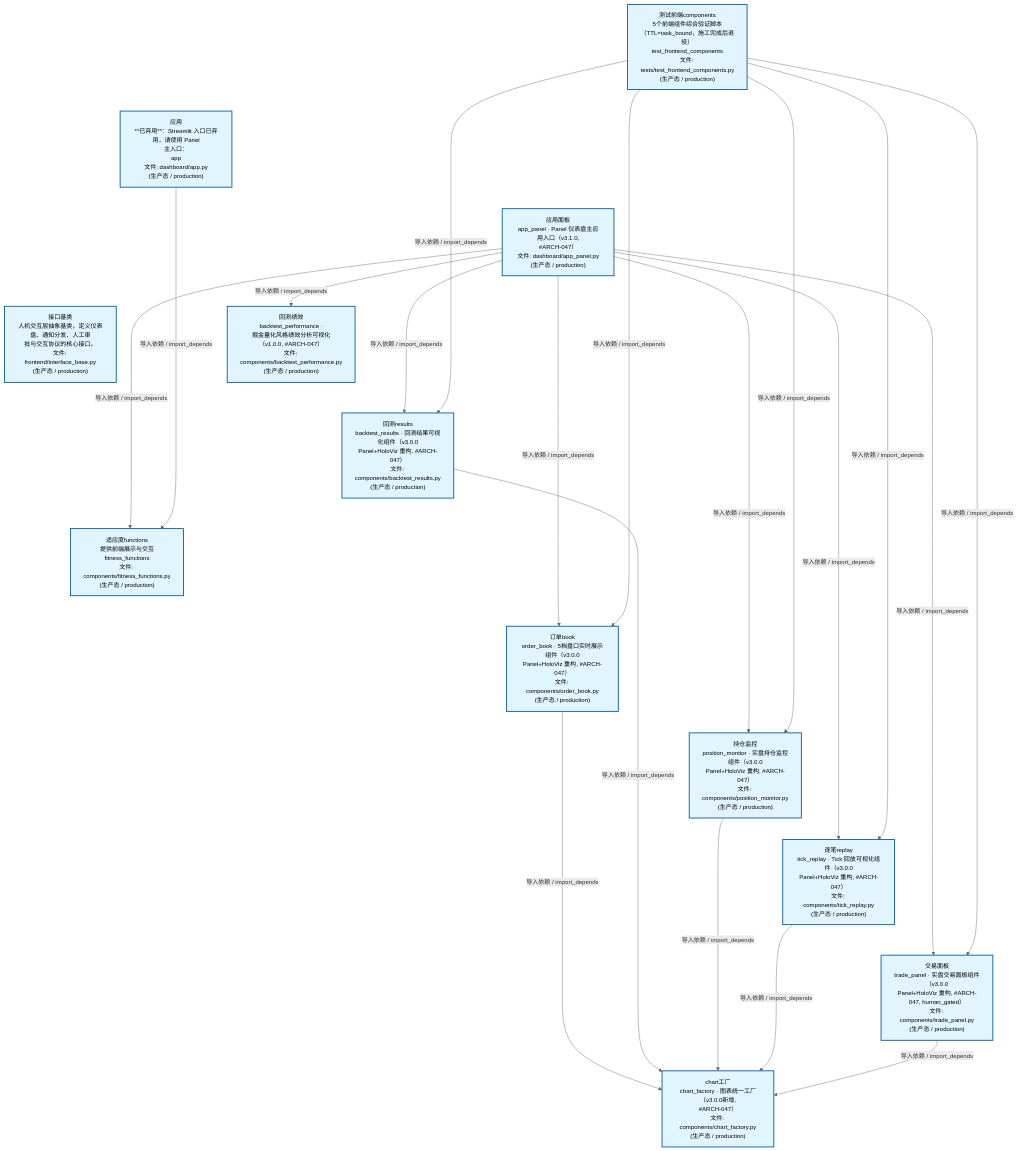
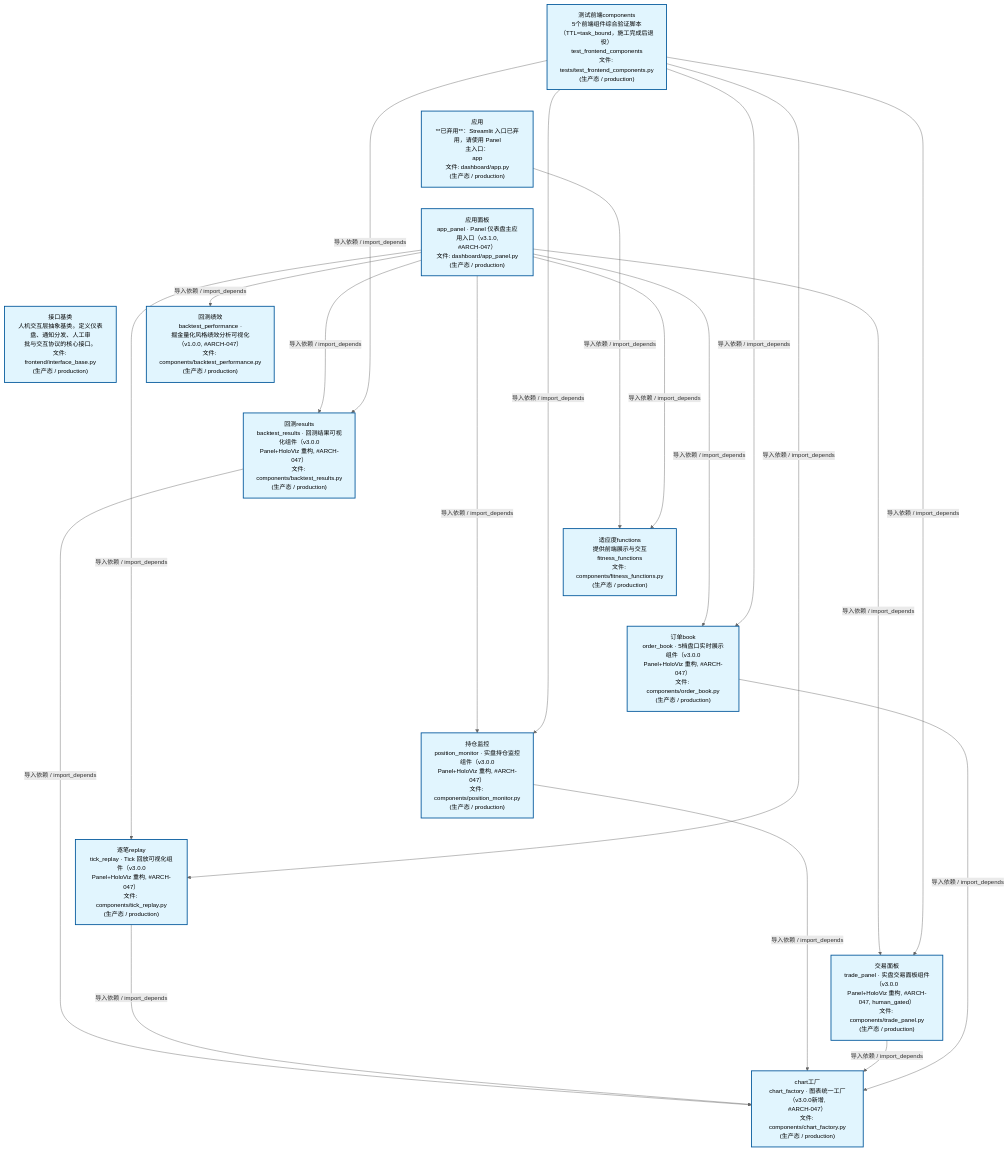
Before and after one commit to xuanFelixVan/ZephyrAlpha: the second of 4 diagrams in docs/02_enterprise_architecture/02_domain_architecture_docs/47_d_frontend.md, drawn with Mermaid. The commit also changed other lines of this file and 41 other files, not shown here.

````diff
--- a/docs/02_enterprise_architecture/02_domain_architecture_docs/47_d_frontend.md
+++ b/docs/02_enterprise_architecture/02_domain_architecture_docs/47_d_frontend.md
@@ -124,48 +124,48 @@
 ```mermaid
 %%{init: {'theme': 'base', 'themeVariables': {'primaryColor': '#eaeaea', 'primaryTextColor': '#333333', 'primaryBorderColor': '#666666', 'lineColor': '#666666', 'secondaryColor': '#eaeaea', 'tertiaryColor': '#eaeaea', 'fontSize': '14px'}}}%%
 flowchart TD
     scripts_tests_test_frontend_components_py["测试前端components<br/>5个前端组件综合验证脚本<br/>（TTL=task_bound，施工完成后退役）<br/>test_frontend_components<br/>文件: tests/test_frontend_components.py<br/>(生产态 / production)"]
     src_zephyr_frontend_dashboard_app_py["应用<br/>**已弃用**：Streamlit 入口已弃用，请使用 Panel<br/>主入口：<br/>app<br/>文件: dashboard/app.py<br/>(生产态 / production)"]
     src_zephyr_frontend_dashboard_app_panel_py["应用面板<br/>app_panel · Panel 仪表盘主应用入口（v3.1.0,<br/>#ARCH-047）<br/>文件: dashboard/app_panel.py<br/>(生产态 / production)"]
     src_zephyr_frontend_interface_base_py["接口基类<br/>人机交互层抽象基类。定义仪表盘、通知分发、人工审<br/>批与交互协议的核心接口。<br/>文件: frontend/interface_base.py<br/>(生产态 / production)"]
     scripts_tests_test_frontend_components_py ~~~ src_zephyr_frontend_dashboard_app_py
     src_zephyr_frontend_dashboard_app_py ~~~ src_zephyr_frontend_dashboard_app_panel_py
     src_zephyr_frontend_dashboard_app_panel_py ~~~ src_zephyr_frontend_interface_base_py
     src_zephyr_frontend_dashboard_components_backtest_performance_py["回测绩效<br/>backtest_performance ·<br/>掘金量化风格绩效分析可视化（v1.0.0, #ARCH-047）<br/>文件: components/backtest_performance.py<br/>(生产态 / production)"]
     src_zephyr_frontend_dashboard_components_backtest_results_py["回测results<br/>backtest_results · 回测结果可视化组件（v3.0.0<br/>Panel+HoloViz 重构, #ARCH-047）<br/>文件: components/backtest_results.py<br/>(生产态 / production)"]
     src_zephyr_frontend_dashboard_components_fitness_functions_py["适应度functions<br/>提供前端展示与交互<br/>fitness_functions<br/>文件: components/fitness_functions.py<br/>(生产态 / production)"]
     src_zephyr_frontend_dashboard_components_order_book_py["订单book<br/>order_book · 5档盘口实时展示组件（v3.0.0<br/>Panel+HoloViz 重构, #ARCH-047）<br/>文件: components/order_book.py<br/>(生产态 / production)"]
     src_zephyr_frontend_dashboard_components_position_monitor_py["持仓监控<br/>position_monitor · 实盘持仓监控组件（v3.0.0<br/>Panel+HoloViz 重构, #ARCH-047）<br/>文件: components/position_monitor.py<br/>(生产态 / production)"]
     src_zephyr_frontend_dashboard_components_tick_replay_py["逐笔replay<br/>tick_replay · Tick 回放可视化组件（v3.0.0<br/>Panel+HoloViz 重构, #ARCH-047）<br/>文件: components/tick_replay.py<br/>(生产态 / production)"]
     src_zephyr_frontend_dashboard_components_trade_panel_py["交易面板<br/>trade_panel · 实盘交易面板组件（v3.0.0<br/>Panel+HoloViz 重构, #ARCH-047, human_gated）<br/>文件: components/trade_panel.py<br/>(生产态 / production)"]
     src_zephyr_frontend_dashboard_components_backtest_performance_py ~~~ src_zephyr_frontend_dashboard_components_backtest_results_py
     src_zephyr_frontend_dashboard_components_backtest_results_py ~~~ src_zephyr_frontend_dashboard_components_fitness_functions_py
     src_zephyr_frontend_dashboard_components_fitness_functions_py ~~~ src_zephyr_frontend_dashboard_components_order_book_py
     src_zephyr_frontend_dashboard_components_order_book_py ~~~ src_zephyr_frontend_dashboard_components_position_monitor_py
     src_zephyr_frontend_dashboard_components_position_monitor_py ~~~ src_zephyr_frontend_dashboard_components_tick_replay_py
     src_zephyr_frontend_dashboard_components_tick_replay_py ~~~ src_zephyr_frontend_dashboard_components_trade_panel_py
     src_zephyr_frontend_dashboard_components_chart_factory_py["chart工厂<br/>chart_factory · 图表统一工厂（v3.0.0新增,<br/>#ARCH-047）<br/>文件: components/chart_factory.py<br/>(生产态 / production)"]
+    src_zephyr_frontend_dashboard_components_backtest_results_py -->|导入依赖 / import_depends| src_zephyr_frontend_dashboard_components_chart_factory_py
+    src_zephyr_frontend_dashboard_app_py -->|导入依赖 / import_depends| src_zephyr_frontend_dashboard_components_fitness_functions_py
+    src_zephyr_frontend_dashboard_app_panel_py -->|导入依赖 / import_depends| src_zephyr_frontend_dashboard_components_backtest_results_py
     src_zephyr_frontend_dashboard_app_panel_py -->|导入依赖 / import_depends| src_zephyr_frontend_dashboard_components_backtest_performance_py
     src_zephyr_frontend_dashboard_app_panel_py -->|导入依赖 / import_depends| src_zephyr_frontend_dashboard_components_fitness_functions_py
+    src_zephyr_frontend_dashboard_app_panel_py -->|导入依赖 / import_depends| src_zephyr_frontend_dashboard_components_tick_replay_py
+    src_zephyr_frontend_dashboard_app_panel_py -->|导入依赖 / import_depends| src_zephyr_frontend_dashboard_components_position_monitor_py
+    src_zephyr_frontend_dashboard_app_panel_py -->|导入依赖 / import_depends| src_zephyr_frontend_dashboard_components_trade_panel_py
     src_zephyr_frontend_dashboard_app_panel_py -->|导入依赖 / import_depends| src_zephyr_frontend_dashboard_components_order_book_py
-    src_zephyr_frontend_dashboard_app_panel_py -->|导入依赖 / import_depends| src_zephyr_frontend_dashboard_components_backtest_results_py
-    src_zephyr_frontend_dashboard_app_panel_py -->|导入依赖 / import_depends| src_zephyr_frontend_dashboard_components_position_monitor_py
-    src_zephyr_frontend_dashboard_app_panel_py -->|导入依赖 / import_depends| src_zephyr_frontend_dashboard_components_tick_replay_py
-    src_zephyr_frontend_dashboard_app_panel_py -->|导入依赖 / import_depends| src_zephyr_frontend_dashboard_components_trade_panel_py
-    src_zephyr_frontend_dashboard_app_py -->|导入依赖 / import_depends| src_zephyr_frontend_dashboard_components_fitness_functions_py
+    src_zephyr_frontend_dashboard_components_tick_replay_py -->|导入依赖 / import_depends| src_zephyr_frontend_dashboard_components_chart_factory_py
+    src_zephyr_frontend_dashboard_components_position_monitor_py -->|导入依赖 / import_depends| src_zephyr_frontend_dashboard_components_chart_factory_py
+    src_zephyr_frontend_dashboard_components_trade_panel_py -->|导入依赖 / import_depends| src_zephyr_frontend_dashboard_components_chart_factory_py
     src_zephyr_frontend_dashboard_components_order_book_py -->|导入依赖 / import_depends| src_zephyr_frontend_dashboard_components_chart_factory_py
-    src_zephyr_frontend_dashboard_components_backtest_results_py -->|导入依赖 / import_depends| src_zephyr_frontend_dashboard_components_chart_factory_py
-    src_zephyr_frontend_dashboard_components_position_monitor_py -->|导入依赖 / import_depends| src_zephyr_frontend_dashboard_components_chart_factory_py
-    src_zephyr_frontend_dashboard_components_tick_replay_py -->|导入依赖 / import_depends| src_zephyr_frontend_dashboard_components_chart_factory_py
-    src_zephyr_frontend_dashboard_components_trade_panel_py -->|导入依赖 / import_depends| src_zephyr_frontend_dashboard_components_chart_factory_py
+    scripts_tests_test_frontend_components_py -->|导入依赖 / import_depends| src_zephyr_frontend_dashboard_components_backtest_results_py
+    scripts_tests_test_frontend_components_py -->|导入依赖 / import_depends| src_zephyr_frontend_dashboard_components_tick_replay_py
+    scripts_tests_test_frontend_components_py -->|导入依赖 / import_depends| src_zephyr_frontend_dashboard_components_position_monitor_py
+    scripts_tests_test_frontend_components_py -->|导入依赖 / import_depends| src_zephyr_frontend_dashboard_components_trade_panel_py
     scripts_tests_test_frontend_components_py -->|导入依赖 / import_depends| src_zephyr_frontend_dashboard_components_order_book_py
-    scripts_tests_test_frontend_components_py -->|导入依赖 / import_depends| src_zephyr_frontend_dashboard_components_backtest_results_py
-    scripts_tests_test_frontend_components_py -->|导入依赖 / import_depends| src_zephyr_frontend_dashboard_components_position_monitor_py
-    scripts_tests_test_frontend_components_py -->|导入依赖 / import_depends| src_zephyr_frontend_dashboard_components_tick_replay_py
-    scripts_tests_test_frontend_components_py -->|导入依赖 / import_depends| src_zephyr_frontend_dashboard_components_trade_panel_py
     classDef production fill:#e1f5fe,stroke:#01579b,stroke-width:2px,color:#000
     classDef design fill:#fff3e0,stroke:#e65100,stroke-width:2px,color:#000,stroke-dasharray: 5 5
     classDef external_prod fill:#e8f4fd,stroke:#0277bd,stroke-width:1px,color:#000
     classDef external_design fill:#fff8e7,stroke:#ef6c00,stroke-width:1px,color:#000,stroke-dasharray: 5 5
     class scripts_tests_test_frontend_components_py,src_zephyr_frontend_dashboard_app_py,src_zephyr_frontend_dashboard_app_panel_py,src_zephyr_frontend_dashboard_components_backtest_performance_py,src_zephyr_frontend_dashboard_components_backtest_results_py,src_zephyr_frontend_dashboard_components_chart_factory_py,src_zephyr_frontend_dashboard_components_fitness_functions_py,src_zephyr_frontend_dashboard_components_order_book_py,src_zephyr_frontend_dashboard_components_position_monitor_py,src_zephyr_frontend_dashboard_components_tick_replay_py,src_zephyr_frontend_dashboard_components_trade_panel_py,src_zephyr_frontend_interface_base_py production
 ```
````
